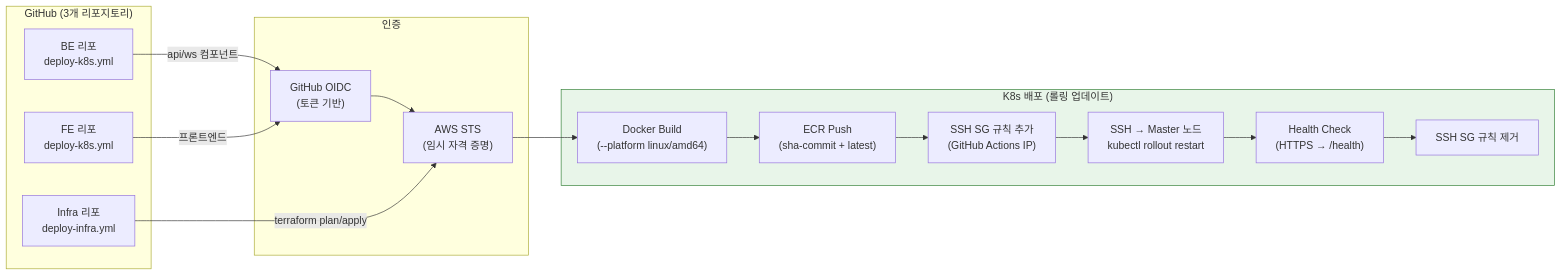
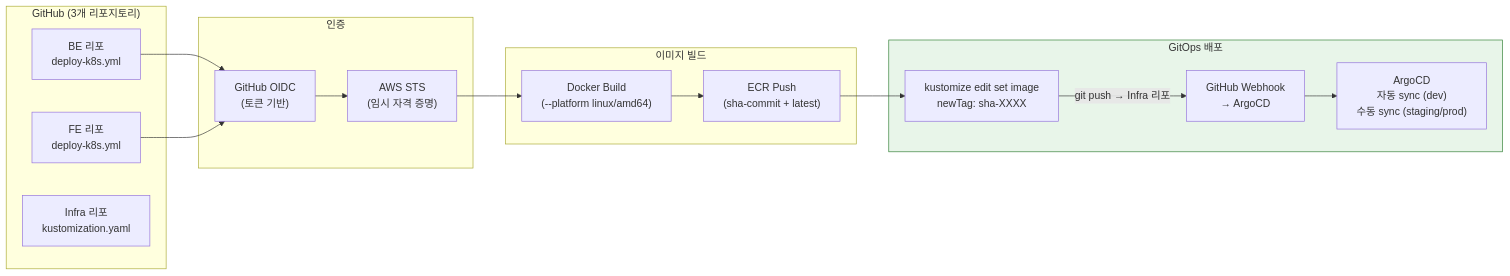
The fifth of 18 diagrams in report.md (revenantonthemission/2-cho-community-infra), drawn with Mermaid before and after one commit. The commit also changed other lines of this file, not shown here.

First line of the commit message:
docs: report.md 전면 개편 — Camp Linux 브랜딩, ArgoCD GitOps, 최신 기능 반영

````diff
--- a/report.md
+++ b/report.md
@@ -293,36 +307,35 @@
 ```mermaid
 flowchart LR
     subgraph GitHub["GitHub (3개 리포지토리)"]
         BE["BE 리포<br/>deploy-k8s.yml"]
         FE["FE 리포<br/>deploy-k8s.yml"]
-        Infra["Infra 리포<br/>deploy-infra.yml"]
+        Infra["Infra 리포<br/>kustomization.yaml"]
     end
 
     subgraph Auth["인증"]
         OIDC["GitHub OIDC<br/>(토큰 기반)"]
         STS["AWS STS<br/>(임시 자격 증명)"]
     end
 
-    subgraph K8s_Deploy["K8s 배포 (롤링 업데이트)"]
+    subgraph Build["이미지 빌드"]
         Docker["Docker Build<br/>(--platform linux/amd64)"]
         ECR_Push["ECR Push<br/>(sha-commit + latest)"]
-        SG_Open["SSH SG 규칙 추가<br/>(GitHub Actions IP)"]
-        SSH["SSH → Master 노드<br/>kubectl rollout restart"]
-        Health["Health Check<br/>(HTTPS → /health)"]
-        SG_Close["SSH SG 규칙 제거"]
     end
 
-    BE -->|"api/ws 컴포넌트"| OIDC
-    FE -->|"프론트엔드"| OIDC
+    subgraph GitOps["GitOps 배포"]
+        TagCommit["kustomize edit set image<br/>newTag: sha-XXXX"]
+        Webhook["GitHub Webhook<br/>→ ArgoCD"]
+        ArgoCDDeploy["ArgoCD<br/>자동 sync (dev)<br/>수동 sync (staging/prod)"]
+    end
+
+    BE --> OIDC
+    FE --> OIDC
     OIDC --> STS
     STS --> Docker
     Docker --> ECR_Push
-    ECR_Push --> SG_Open
-    SG_Open --> SSH
-    SSH --> Health
-    Health --> SG_Close
+    ECR_Push --> TagCommit
+    TagCommit -->|"git push → Infra 리포"| Webhook
+    Webhook --> ArgoCDDeploy
 
-    Infra -->|"terraform plan/apply"| STS
-
-    style K8s_Deploy fill:#e8f5e9,stroke:#2e7d32
+    style GitOps fill:#e8f5e9,stroke:#2e7d32
 ```
````
